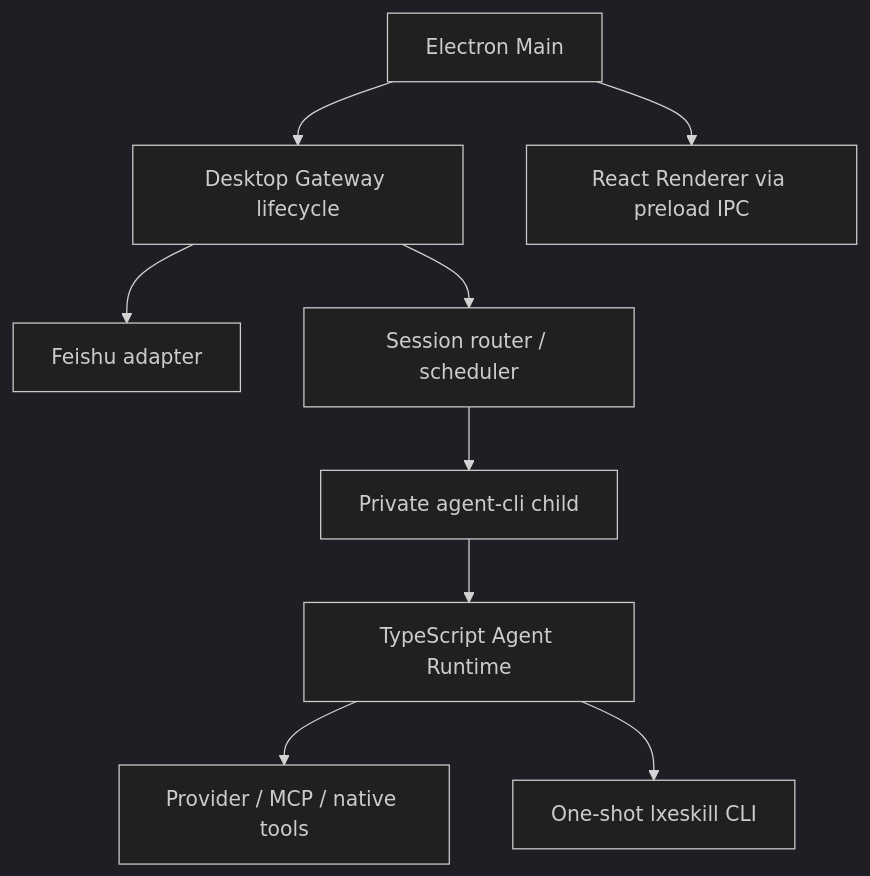
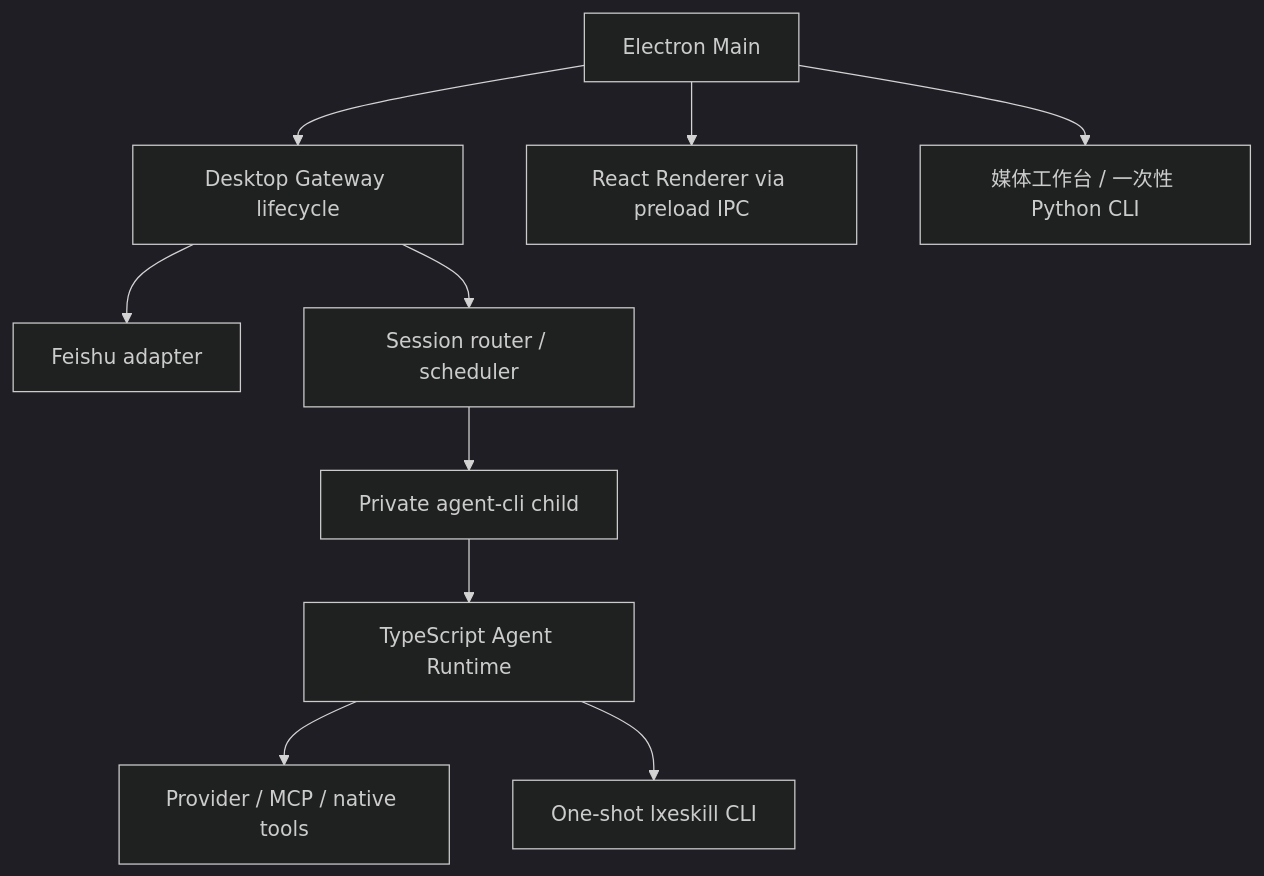
One commit to LXE123/LXE_AGENT changed the diagram in docs/eventloop.md. Above: the diagram before and after it, drawn with Mermaid (dark theme). The commit also changed other lines of this file and 100 other files, not shown here.

````diff
--- a/docs/eventloop.md
+++ b/docs/eventloop.md
@@ -16,11 +17,12 @@
 ```mermaid
 flowchart TD
     A["Electron Main"] --> B["Desktop Gateway lifecycle"]
     A --> C["React Renderer via preload IPC"]
+    A --> J["媒体工作台 / 一次性 Python CLI"]
     B --> D["Feishu adapter"]
     B --> E["Session router / scheduler"]
     E --> F["Private agent-cli child"]
     F --> G["TypeScript Agent Runtime"]
     G --> H["Provider / MCP / native tools"]
     G --> I["One-shot lxeskill CLI"]
 ```
````
